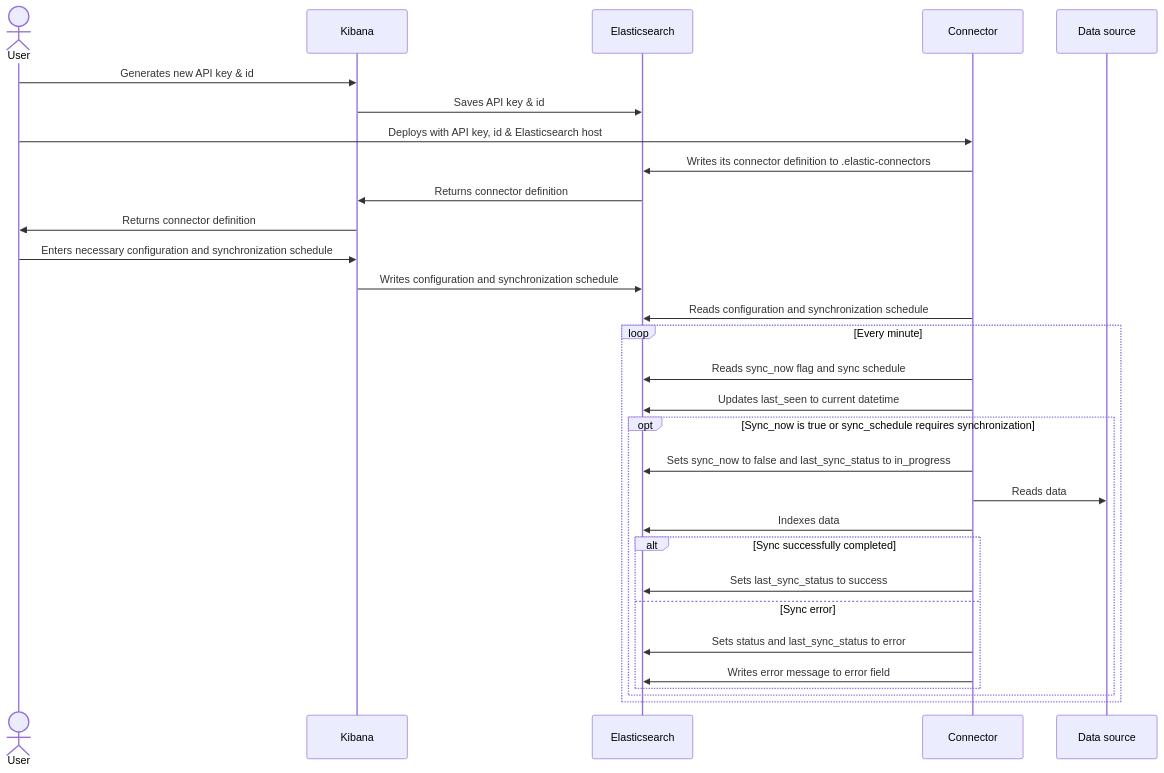
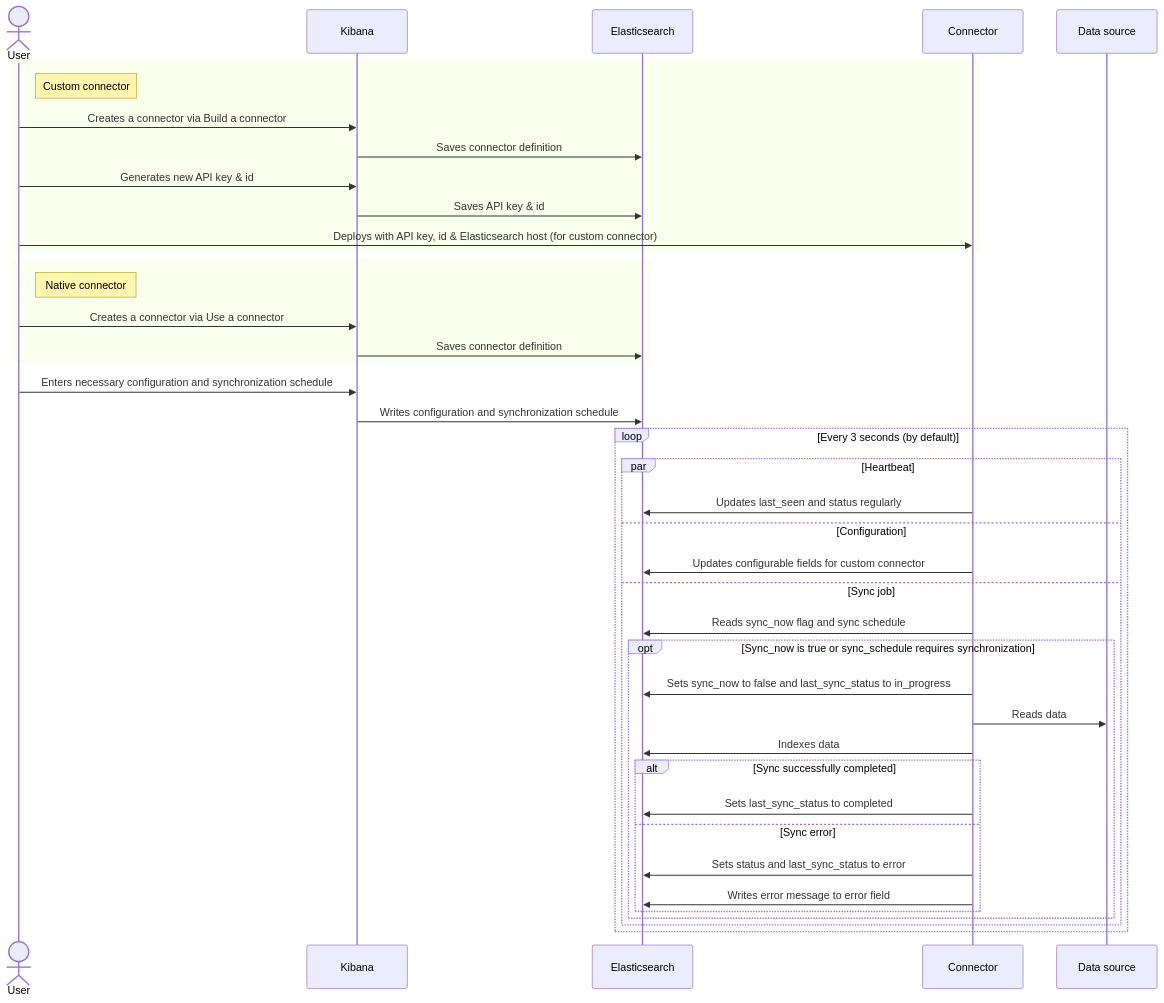
Before and after one commit to elastic/connectors-ruby: the diagram in docs/CONNECTOR_PROTOCOL.md, drawn with Mermaid. The commit also changed other lines of this file, not shown here.

Commit message:
Update connector protocol

````diff
--- a/docs/CONNECTOR_PROTOCOL.md
+++ b/docs/CONNECTOR_PROTOCOL.md
@@ -47,32 +171,43 @@
 ```mermaid
 sequenceDiagram
     actor User
     participant Kibana
     participant Elasticsearch
     participant Connector
     participant Data source
+    rect
+    note right of User: Custom connector
+    User->>Kibana: Creates a connector via Build a connector
+    Kibana->>Elasticsearch: Saves connector definition
     User->>Kibana: Generates new API key & id
     Kibana->>Elasticsearch: Saves API key & id
-    User->>Connector: Deploys with API key, id & Elasticsearch host
-    Connector->>Elasticsearch: Writes its connector definition to .elastic-connectors
-    Elasticsearch->>Kibana: Returns connector definition
-    Kibana->>User: Returns connector definition
+    User->>Connector: Deploys with API key, id & Elasticsearch host (for custom connector)
+    end
+    rect
+    note right of User: Native connector
+    User->>Kibana: Creates a connector via Use a connector
+    Kibana->>Elasticsearch: Saves connector definition
+    end
     User->>Kibana: Enters necessary configuration and synchronization schedule
     Kibana->>Elasticsearch: Writes configuration and synchronization schedule
-    Connector->>Elasticsearch: Reads configuration and synchronization schedule
-    loop Every minute
-        Connector->>Elasticsearch: Reads sync_now flag and sync schedule
-        Connector->>Elasticsearch: Updates last_seen to current datetime
-        opt Sync_now is true or sync_schedule requires synchronization
-            Connector->>Elasticsearch: Sets sync_now to false and last_sync_status to in_progress
-            Connector->>Data source: Reads data
-            Connector->>Elasticsearch: Indexes data
-            alt Sync successfully completed
-                Connector->>Elasticsearch: Sets last_sync_status to success
-            else Sync error
-                Connector->>Elasticsearch: Sets status and last_sync_status to error
-                Connector->>Elasticsearch: Writes error message to error field
+    loop Every 3 seconds (by default)
+        par Heartbeat
+            Connector->>Elasticsearch: Updates last_seen and status regularly
+        and Configuration
+            Connector->>Elasticsearch: Updates configurable fields for custom connector
+        and Sync job
+            Connector->>Elasticsearch: Reads sync_now flag and sync schedule
+            opt Sync_now is true or sync_schedule requires synchronization
+                Connector->>Elasticsearch: Sets sync_now to false and last_sync_status to in_progress
+                Connector->>Data source: Reads data
+                Connector->>Elasticsearch: Indexes data
+                alt Sync successfully completed
+                    Connector->>Elasticsearch: Sets last_sync_status to completed
+                else Sync error
+                    Connector->>Elasticsearch: Sets status and last_sync_status to error
+                    Connector->>Elasticsearch: Writes error message to error field
+                end
             end
         end
     end
 ```
````
